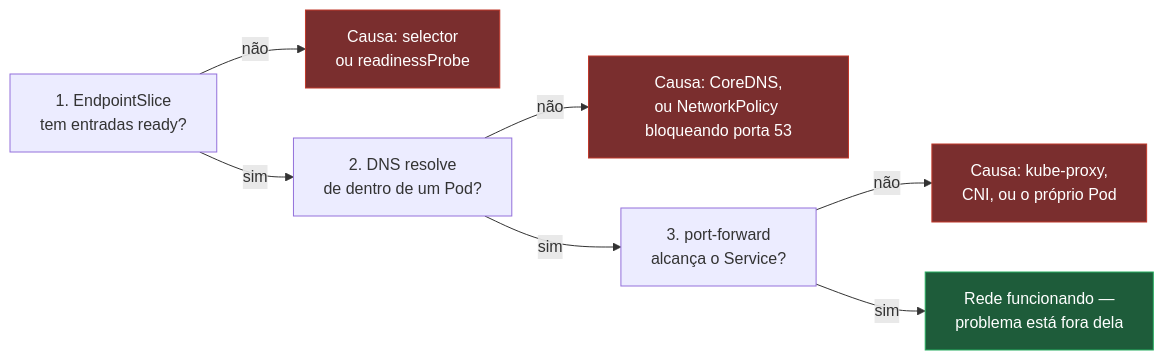
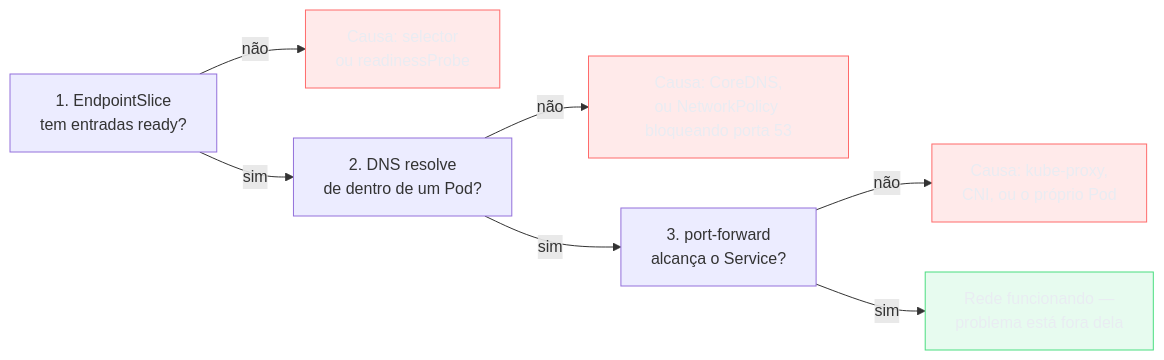
Before and after one commit to josenaldo/codex-technomanticus: the fourth of 5 diagrams in 03-Dominios/Tecnologia/Infraestrutura/Kubernetes/20 - Rede do cluster por dentro.md, drawn with Mermaid. The commit also changed other lines of this file and 1181 other files, not shown here.

First line of the commit message:
fix(diagramas): paleta do sistema no lugar de cor cravada no markdown

````diff
--- a/03-Dominios/Tecnologia/Infraestrutura/Kubernetes/20 - Rede do cluster por dentro.md
+++ b/03-Dominios/Tecnologia/Infraestrutura/Kubernetes/20 - Rede do cluster por dentro.md
@@ -365,14 +369,16 @@
 ```mermaid
 graph LR
+    classDef falha fill:#FF6B6B24,stroke:#FF6B6B,color:#E9ECF2
+    classDef ok fill:#4ADE8021,stroke:#4ADE80,color:#E9ECF2
     P1["1. EndpointSlice<br/>tem entradas ready?"] -->|"não"| F1["Causa: selector<br/>ou readinessProbe"]
     P1 -->|"sim"| P2["2. DNS resolve<br/>de dentro de um Pod?"]
     P2 -->|"não"| F2["Causa: CoreDNS,<br/>ou NetworkPolicy bloqueando porta 53"]
     P2 -->|"sim"| P3["3. port-forward<br/>alcança o Service?"]
     P3 -->|"não"| F3["Causa: kube-proxy,<br/>CNI, ou o próprio Pod"]
     P3 -->|"sim"| OK["Rede funcionando —<br/>problema está fora dela"]
 
-    style F1 fill:#7a2e2e,stroke:#c0392b,color:#fff
-    style F2 fill:#7a2e2e,stroke:#c0392b,color:#fff
-    style F3 fill:#7a2e2e,stroke:#c0392b,color:#fff
-    style OK fill:#1e5c3a,stroke:#27ae60,color:#fff
+    class F1 falha
+    class F2 falha
+    class F3 falha
+    class OK ok
 ```
````
